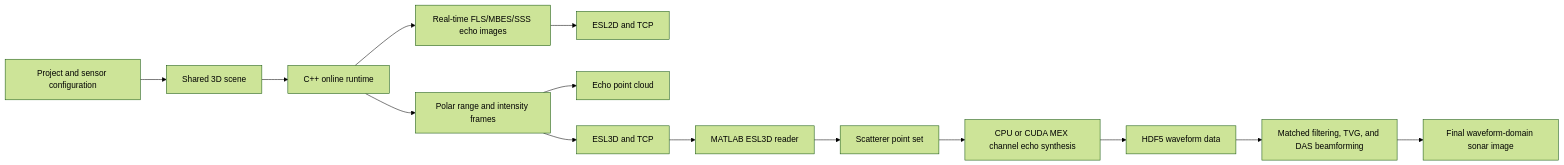
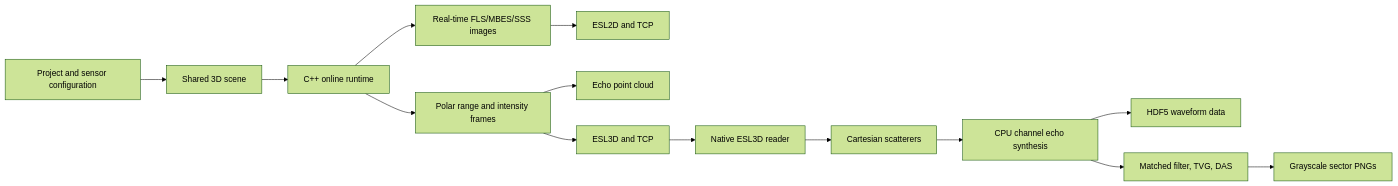
The diagram in docs/software_architecture_analysis.md (Qiuming-Ai/echoverse_sonar_lab), drawn with Mermaid (forest theme) before and after one commit. The commit also changed other lines of this file and 75 other files, not shown here.

````diff
--- a/docs/software_architecture_analysis.md
+++ b/docs/software_architecture_analysis.md
@@ -19,16 +25,16 @@
 ```mermaid
 flowchart LR
     A[Project and sensor configuration] --> B[Shared 3D scene]
     B --> C[C++ online runtime]
-    C --> D[Real-time FLS/MBES/SSS echo images]
+    C --> D[Real-time FLS/MBES/SSS images]
     C --> E[Polar range and intensity frames]
     E --> F[Echo point cloud]
     D --> G[ESL2D and TCP]
     E --> H[ESL3D and TCP]
-    H --> I[MATLAB ESL3D reader]
-    I --> J[Scatterer point set]
-    J --> K[CPU or CUDA MEX channel echo synthesis]
+    H --> I[Native ESL3D reader]
+    I --> J[Cartesian scatterers]
+    J --> K[CPU channel echo synthesis]
     K --> L[HDF5 waveform data]
-    L --> M[Matched filtering, TVG, and DAS beamforming]
-    M --> N[Final waveform-domain sonar image]
+    K --> M[Matched filter, TVG, DAS]
+    M --> N[Grayscale sector PNGs]
 ```
````
